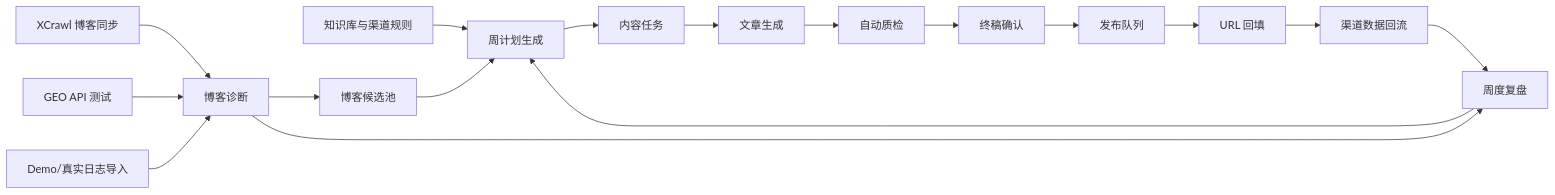
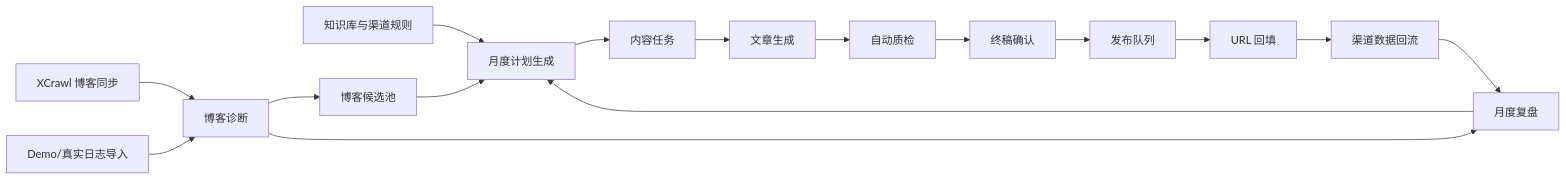
Before and after one commit to 1736280642-Star/gtm-content-growth-workbench: the second of 2 diagrams in docs/development-plan.md, drawn with Mermaid. The commit also changed other lines of this file and 63 other files, not shown here.

````diff
--- a/docs/development-plan.md
+++ b/docs/development-plan.md
@@ -228,20 +222,19 @@
 ```mermaid
 flowchart LR
-    A["知识库与渠道规则"] --> B["周计划生成"]
+    A["知识库与渠道规则"] --> B["月度计划生成"]
     B --> C["内容任务"]
     C --> D["文章生成"]
     D --> E["自动质检"]
     E --> F["终稿确认"]
     F --> G["发布队列"]
     G --> H["URL 回填"]
     H --> I["渠道数据回流"]
 
     J["XCrawl 博客同步"] --> K["博客诊断"]
-    L["GEO API 测试"] --> K
     M["Demo/真实日志导入"] --> K
     K --> N["博客候选池"]
     N --> B
-    I --> O["周度复盘"]
+    I --> O["月度复盘"]
     K --> O
     O --> B
 ```
````
